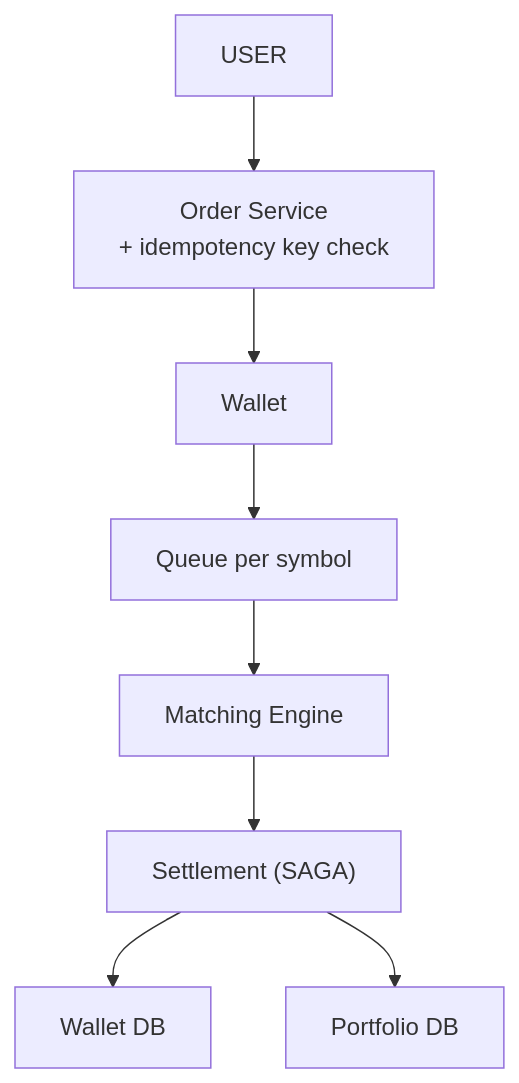
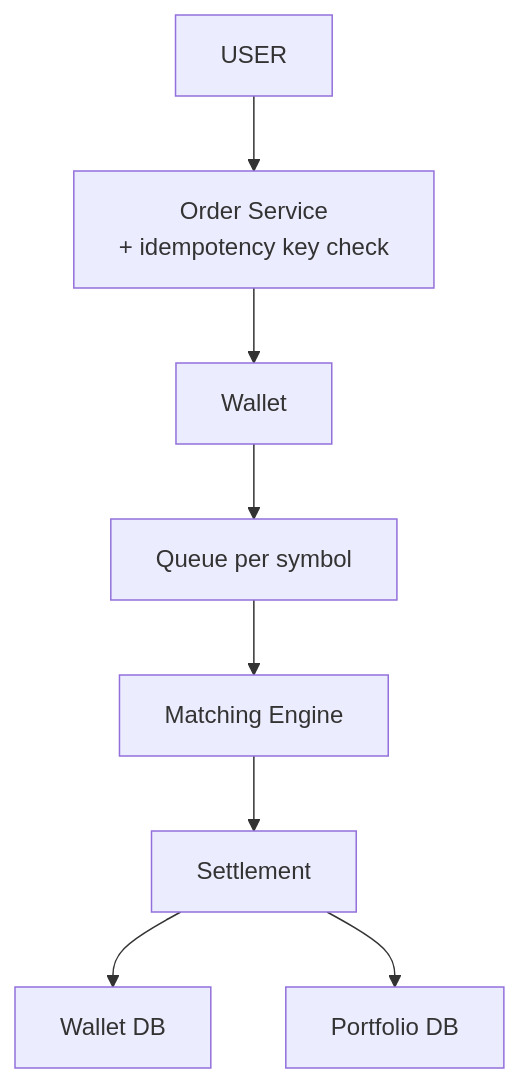
Before and after one commit to ArpanMaheshwari144/Prep: the sixth of 11 diagrams in 04_HLD/SYSTEM_DESIGNS/05_stock_broker_trading/05_stock_broker_trading.md, drawn with Mermaid. The commit also changed other lines of this file and 1 other file, not shown here.

Commit message:
stock: settlement moves forward after match, broker line; stock and banking: retry stories

````diff
--- a/04_HLD/SYSTEM_DESIGNS/05_stock_broker_trading/05_stock_broker_trading.md
+++ b/04_HLD/SYSTEM_DESIGNS/05_stock_broker_trading/05_stock_broker_trading.md
@@ -241,18 +248,18 @@
 ```mermaid
 flowchart TD
     n_USER["USER"]
     n_Order_Service["Order Service<br/>+ idempotency key check"]
     n_Wallet["Wallet"]
     n_Queue_per_symbol["Queue per symbol"]
     n_Matching_Engine["Matching Engine"]
-    n_Settlement["Settlement (SAGA)"]
+    n_Settlement["Settlement"]
     n_Wallet_DB["Wallet DB"]
     n_Portfolio_DB["Portfolio DB"]
     n_USER --> n_Order_Service
     n_Order_Service --> n_Wallet
     n_Wallet --> n_Queue_per_symbol
     n_Queue_per_symbol --> n_Matching_Engine
     n_Matching_Engine --> n_Settlement
     n_Settlement --> n_Wallet_DB
     n_Settlement --> n_Portfolio_DB
 ```
````
